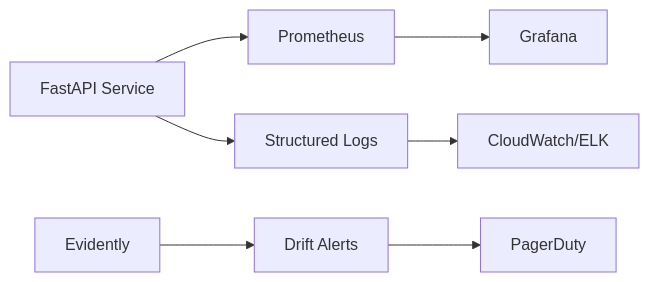
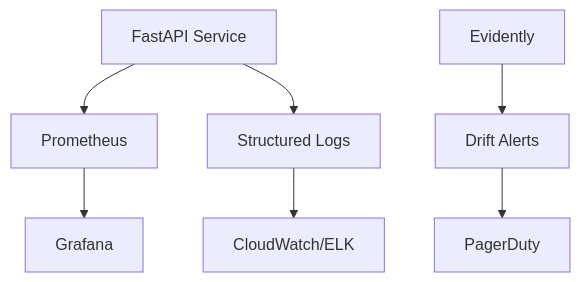
One commit to DuqueOM/ML-MLOps-Portfolio changed the second of 2 diagrams in BankChurn-Predictor/README.md. Above: the diagram before and after it, drawn with Mermaid.

````diff
--- a/BankChurn-Predictor/README.md
+++ b/BankChurn-Predictor/README.md
@@ -681,9 +681,9 @@
 ```mermaid
-graph LR
+graph TD
     A[FastAPI Service] --> B[Prometheus]
     B --> C[Grafana]
     A --> D[Structured Logs]
     D --> E[CloudWatch/ELK]
     F[Evidently] --> G[Drift Alerts]
     G --> H[PagerDuty]
 ```
````
